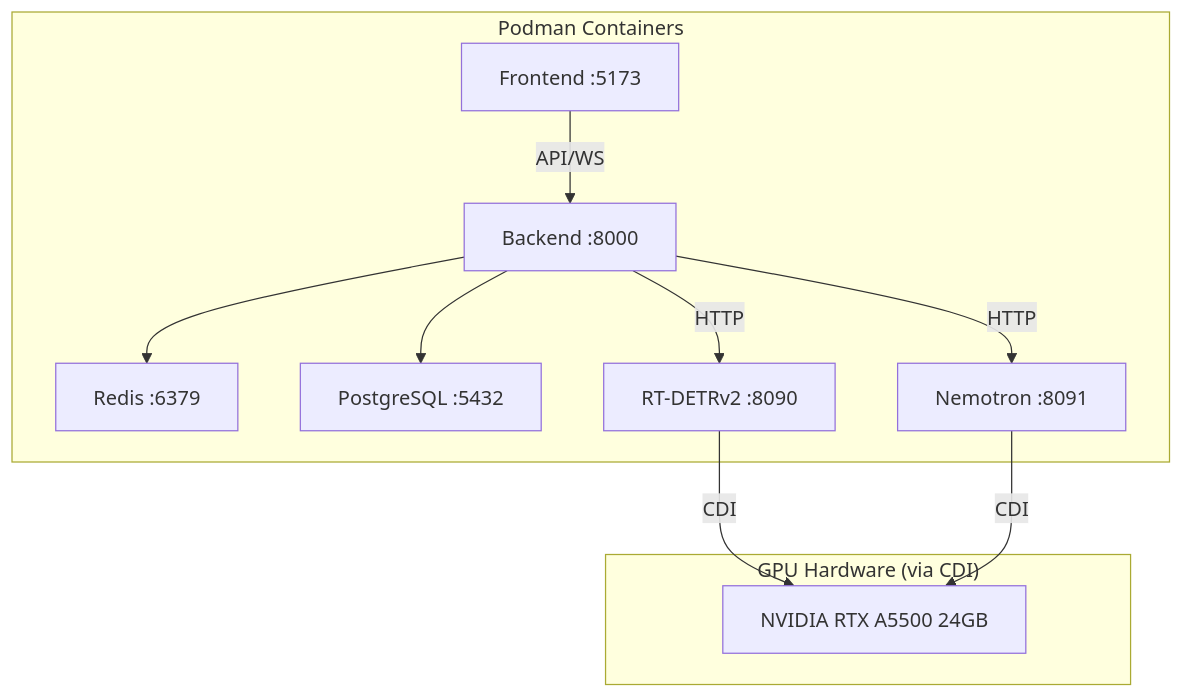
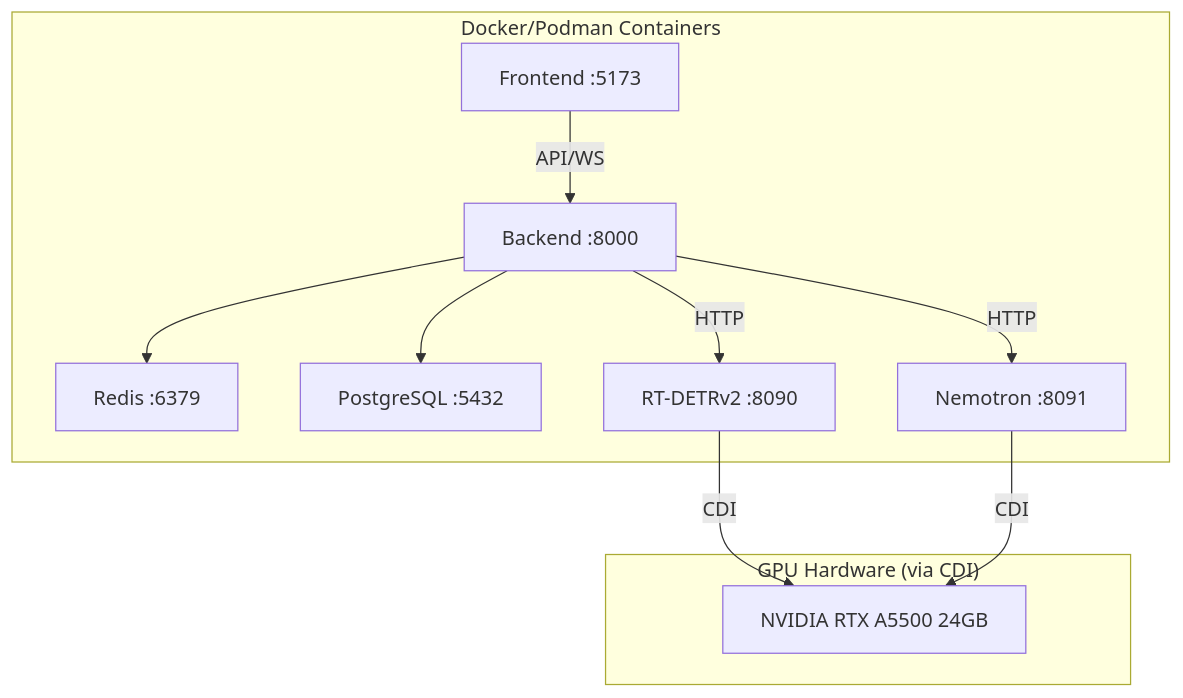
The second of 3 diagrams in docs/architecture/decisions.md (mikesvoboda/nemotron-v3-home-security-intelligence), drawn with Mermaid before and after one commit. The commit also changed other lines of this file and 31 other files, not shown here.

````diff
--- a/docs/architecture/decisions.md
+++ b/docs/architecture/decisions.md
@@ -269,23 +271,23 @@
 ```mermaid
 flowchart TB
-    subgraph Podman["Podman Containers"]
+    subgraph Containers["Docker/Podman Containers"]
         FE[Frontend :5173]
         BE[Backend :8000]
         RD[Redis :6379]
         PG[PostgreSQL :5432]
         DET[RT-DETRv2 :8090]
         LLM[Nemotron :8091]
     end
 
     subgraph Hardware["GPU Hardware (via CDI)"]
         GPU[NVIDIA RTX A5500 24GB]
     end
 
+    FE -->|API/WS| BE
+    BE --> RD
+    BE --> PG
     BE -->|HTTP| DET
     BE -->|HTTP| LLM
     DET -->|CDI| GPU
     LLM -->|CDI| GPU
-    FE -->|API/WS| BE
-    BE --> RD
-    BE --> PG
 ```
````
